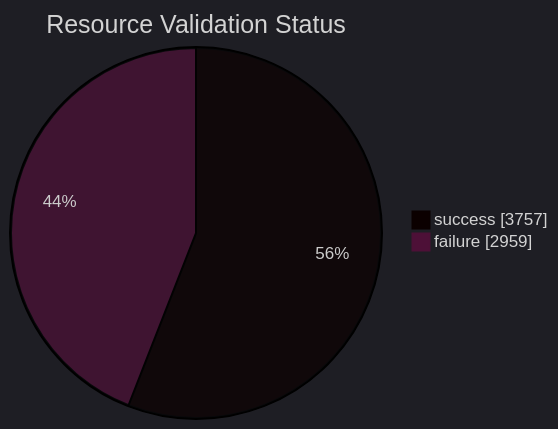
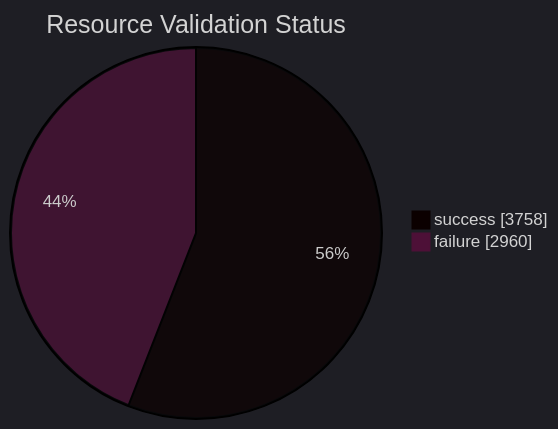
Before and after one commit to open-data/analytics-corporate-reporting: the diagram in datastore_tracker/resource_validation_status_pie_chart.md, drawn with Mermaid. The commit also changed 9 other files, not shown here.

````diff
--- a/datastore_tracker/resource_validation_status_pie_chart.md
+++ b/datastore_tracker/resource_validation_status_pie_chart.md
@@ -2,9 +2,9 @@
 ```mermaid
 ---
 config:
   theme: dark
 ---
 pie showData title Resource Validation Status
-    "success": 3757
-    "failure": 2959
+    "success": 3758
+    "failure": 2960
 ```
````
